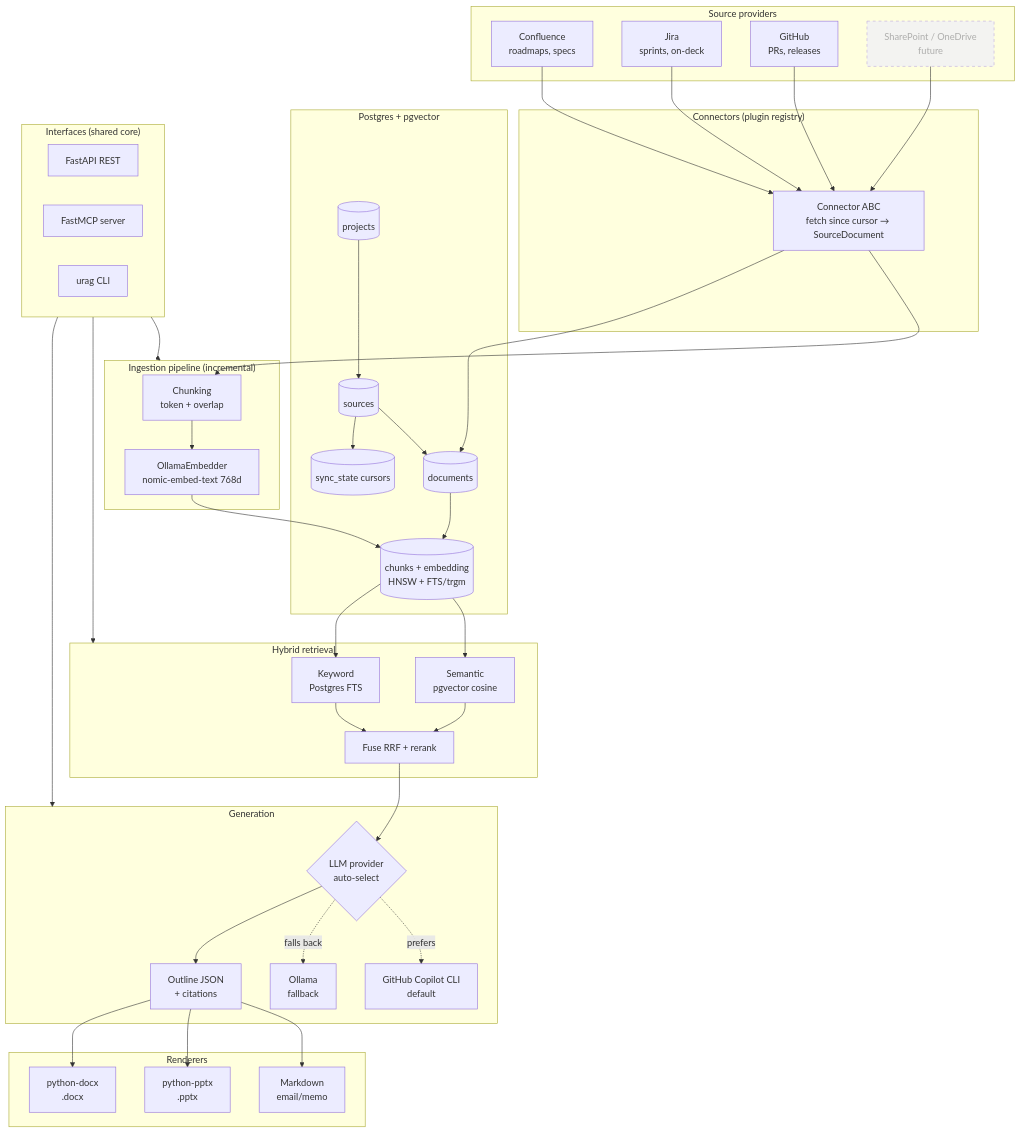
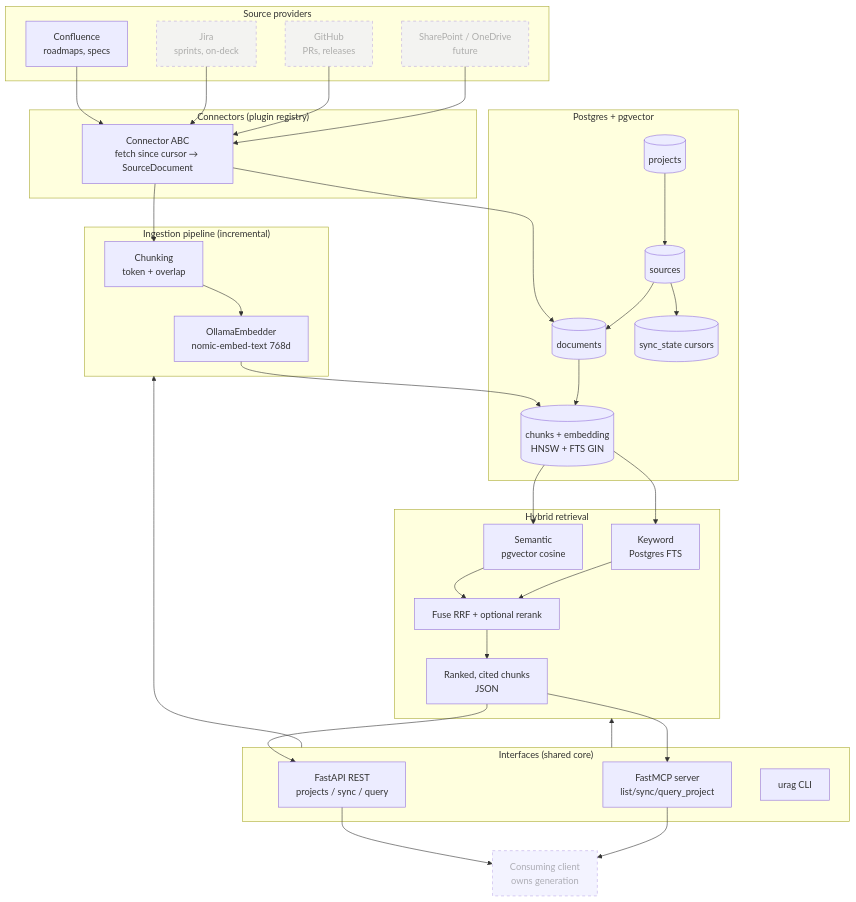
Before and after one commit to BlakeDanielFederal/universal-rag: the first of 3 diagrams in docs/architecture.md, drawn with Mermaid. The commit also changed other lines of this file and 23 other files, not shown here.

First line of the commit message:
Narrow scope to indexing/storage/retrieval; generation is client domain

````diff
--- a/docs/architecture.md
+++ b/docs/architecture.md
@@ -8,68 +11,55 @@
 ```mermaid
 flowchart TD
     subgraph Sources["Source providers"]
         CONF[Confluence<br/>roadmaps, specs]
-        JIRA[Jira<br/>sprints, on-deck]
-        GH[GitHub<br/>PRs, releases]
+        JIRA[Jira<br/>sprints, on-deck]:::future
+        GH[GitHub<br/>PRs, releases]:::future
         FUTURE[SharePoint / OneDrive<br/>future]:::future
     end
 
     subgraph Connectors["Connectors (plugin registry)"]
         BASE[Connector ABC<br/>fetch since cursor → SourceDocument]
     end
 
     subgraph Ingest["Ingestion pipeline (incremental)"]
         CHUNK[Chunking<br/>token + overlap]
         EMB[OllamaEmbedder<br/>nomic-embed-text 768d]
     end
 
     subgraph Store["Postgres + pgvector"]
         PROJ[(projects)]
         SRC[(sources)]
         DOC[(documents)]
-        CH[(chunks + embedding<br/>HNSW + FTS/trgm)]
+        CH[(chunks + embedding<br/>HNSW + FTS GIN)]
         SYNC[(sync_state cursors)]
     end
 
     subgraph Retrieval["Hybrid retrieval"]
         VEC[Semantic<br/>pgvector cosine]
         KW[Keyword<br/>Postgres FTS]
-        RRF[Fuse RRF + rerank]
-    end
-
-    subgraph Gen["Generation"]
-        LLM{LLM provider<br/>auto-select}
-        COP[GitHub Copilot CLI<br/>default]
-        OLL[Ollama<br/>fallback]
-        OUT[Outline JSON<br/>+ citations]
-    end
-
-    subgraph Render["Renderers"]
-        MD[Markdown<br/>email/memo]
-        PPTX[python-pptx<br/>.pptx]
-        DOCX[python-docx<br/>.docx]
+        RRF[Fuse RRF + optional rerank]
+        HITS[Ranked, cited chunks<br/>JSON]
     end
 
     subgraph Interfaces["Interfaces (shared core)"]
-        API[FastAPI REST]
-        MCP[FastMCP server]
+        API[FastAPI REST<br/>projects / sync / query]
+        MCP[FastMCP server<br/>list/sync/query_project]
         CLI[urag CLI]
     end
+
+    CLIENT[Consuming client<br/>owns generation]:::future
 
     CONF & JIRA & GH & FUTURE --> BASE
     BASE --> CHUNK --> EMB --> CH
     BASE --> DOC
     PROJ --> SRC --> DOC --> CH
     SRC --> SYNC
 
-    CH --> VEC & KW --> RRF --> LLM
-    LLM -.prefers.-> COP
-    LLM -.falls back.-> OLL
-    LLM --> OUT --> MD & PPTX & DOCX
+    CH --> VEC & KW --> RRF --> HITS
 
     Interfaces --> Ingest
     Interfaces --> Retrieval
-    Interfaces --> Gen
+    HITS --> API & MCP --> CLIENT
 
     classDef future stroke-dasharray: 5 5,opacity:0.6;
 ```
````
